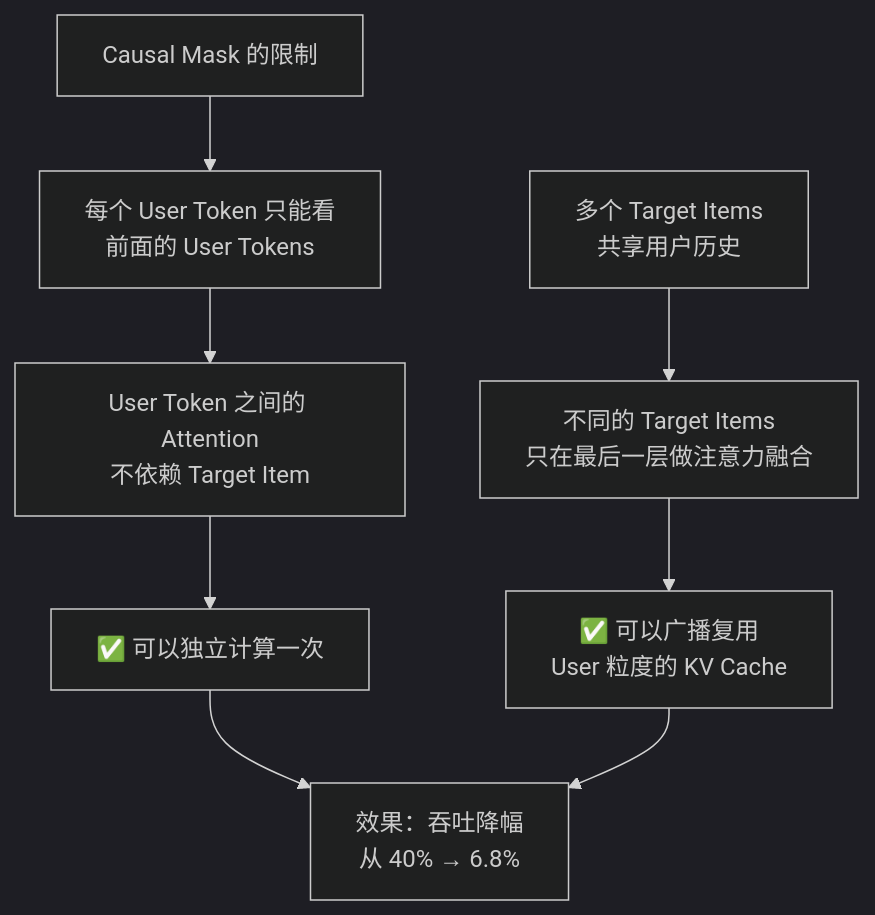
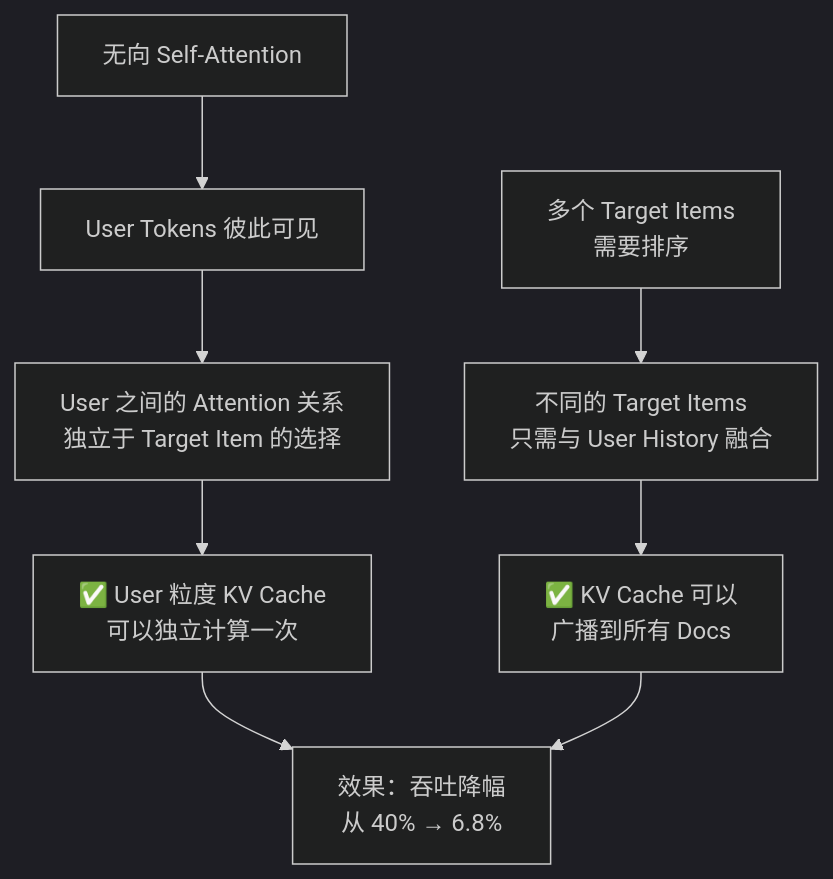
One commit to konyellin-cyber/longer changed the third of 5 diagrams in kv_cache_optimization.md. Above: the diagram before and after it, drawn with Mermaid (dark theme). The commit also changed other lines of this file, not shown here.

Commit message:
Refactor: Remove Causal Mask content, focus on bidirectional Self-Attention optimization

````diff
--- a/kv_cache_optimization.md
+++ b/kv_cache_optimization.md
@@ -303,12 +145,12 @@
 ```mermaid
 graph TB
-    A["Causal Mask 的限制"] --> B["每个 User Token 只能看<br/>前面的 User Tokens"]
-    B --> C["User Token 之间的 Attention<br/>不依赖 Target Item"]
-    C --> D["✅ 可以独立计算一次"]
+    A["无向 Self-Attention"] --> B["User Tokens 彼此可见"]
+    B --> C["User 之间的 Attention 关系<br/>独立于 Target Item 的选择"]
+    C --> D["✅ User 粒度 KV Cache<br/>可以独立计算一次"]
     
-    E["多个 Target Items<br/>共享用户历史"] --> F["不同的 Target Items<br/>只在最后一层做注意力融合"]
-    F --> G["✅ 可以广播复用<br/>User 粒度的 KV Cache"]
+    E["多个 Target Items<br/>需要排序"] --> F["不同的 Target Items<br/>只需与 User History 融合"]
+    F --> G["✅ KV Cache 可以<br/>广播到所有 Docs"]
     
     D --> H["效果：吞吐降幅<br/>从 40% → 6.8%"]
     G --> H
 ```
````
